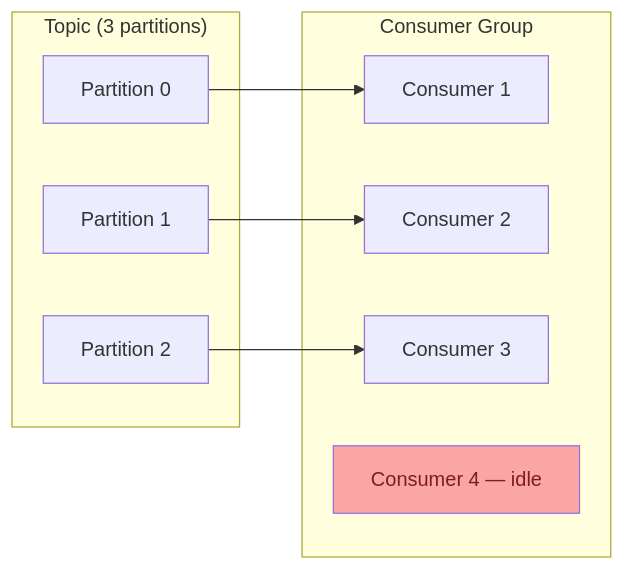
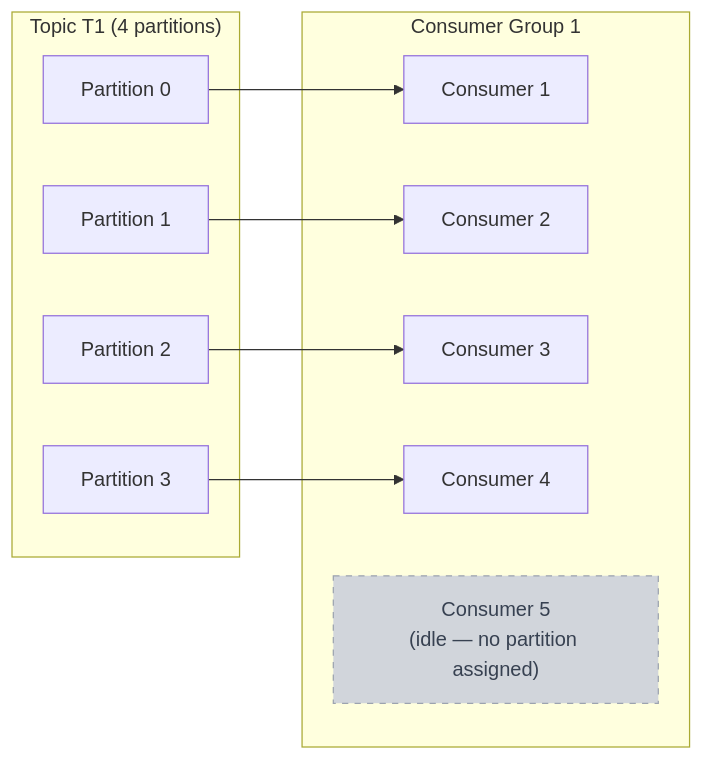
Before and after one commit to mrsrinivas/mrsrinivas.github.io: the sixth of 6 diagrams in _posts/2018-08-13-kafka-topics-and-partitions-explained.md, drawn with Mermaid. The commit also changed other lines of this file and 2 other files, not shown here.

First line of the commit message:
Fix Kafka diagrams and convert Spark + volatile/static SVGs to Mermaid

````diff
--- a/_posts/2018-08-13-kafka-topics-and-partitions-explained.md
+++ b/_posts/2018-08-13-kafka-topics-and-partitions-explained.md
@@ -138,18 +179,21 @@
 ```mermaid
 flowchart LR
-    subgraph Topic["Topic (3 partitions)"]
+    subgraph Topic["Topic T1 (4 partitions)"]
         P0["Partition 0"]
         P1["Partition 1"]
         P2["Partition 2"]
+        P3["Partition 3"]
     end
-    subgraph Group["Consumer Group"]
+    subgraph Group["Consumer Group 1"]
         C1["Consumer 1"]
         C2["Consumer 2"]
         C3["Consumer 3"]
-        C4["Consumer 4 — idle"]
+        C4["Consumer 4"]
+        C5["Consumer 5\n(idle — no partition assigned)"]
     end
     P0 --> C1
     P1 --> C2
     P2 --> C3
-    style C4 fill:#fca5a5,color:#7f1d1d
+    P3 --> C4
+    style C5 fill:#d1d5db,color:#374151,stroke:#9ca3af,stroke-dasharray:5 5
 ```
````
